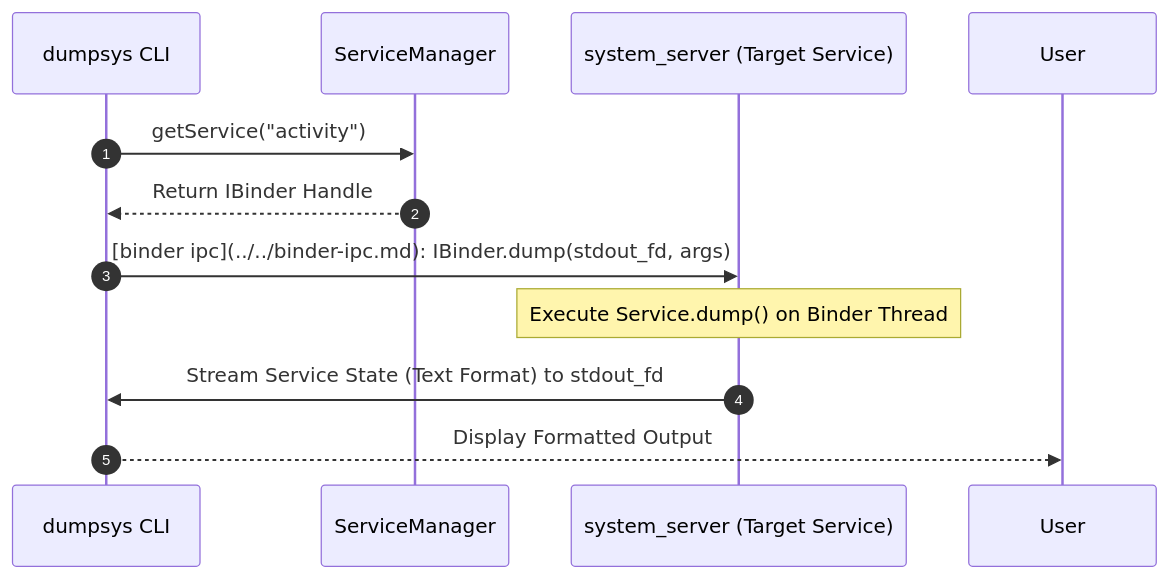
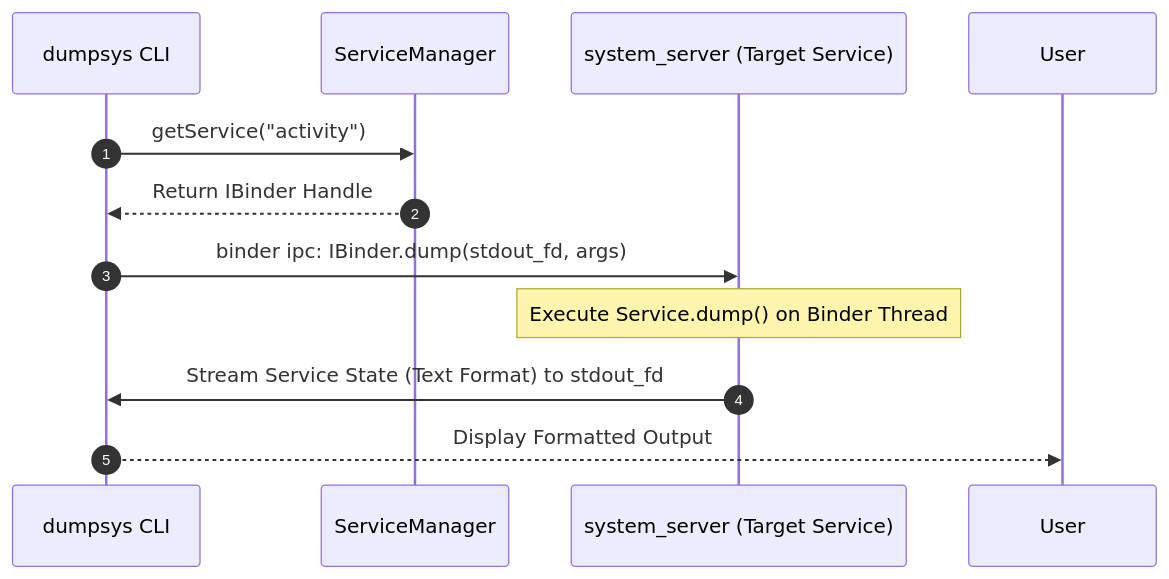
Before and after one commit to youngmin-gwon/what-i-studied: the diagram in 01_inbox/mobile/android/01_system_internals/boot-and-runtime/system-server-contracts/dumpsys-is-system-service-state-inspection-interface.md, drawn with Mermaid. The commit also changed 68 other files, not shown here.

````diff
--- a/01_inbox/mobile/android/01_system_internals/boot-and-runtime/system-server-contracts/dumpsys-is-system-service-state-inspection-interface.md
+++ b/01_inbox/mobile/android/01_system_internals/boot-and-runtime/system-server-contracts/dumpsys-is-system-service-state-inspection-interface.md
@@ -24,14 +24,14 @@
 ```mermaid
 sequenceDiagram
     autonumber
     participant CLI as dumpsys CLI
     participant SM as ServiceManager
     participant SS as system_server (Target Service)
 
     CLI->>SM: getService("activity")
     SM-->>CLI: Return IBinder Handle
-    CLI->>SS: [binder ipc](../../binder-ipc.md): IBinder.dump(stdout_fd, args)
+    CLI->>SS: binder ipc: IBinder.dump(stdout_fd, args)
     Note over SS: Execute Service.dump() on Binder Thread
     SS->>CLI: Stream Service State (Text Format) to stdout_fd
     CLI-->>User: Display Formatted Output
 ```
````
